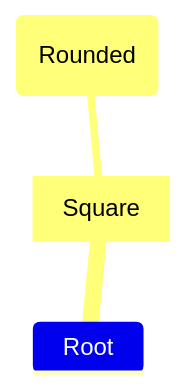
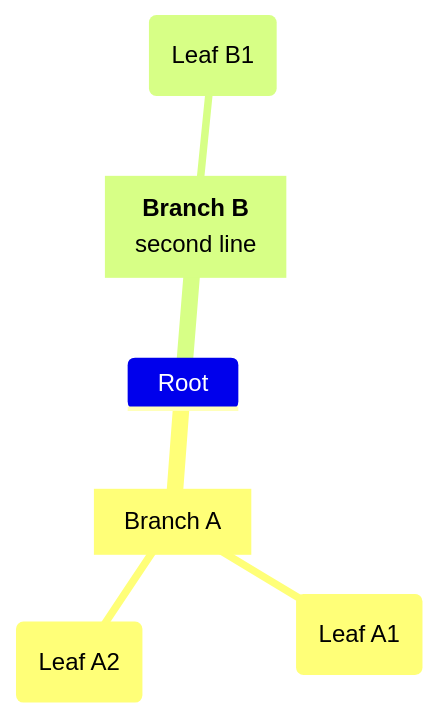
One commit to bsamiee/Rasm changed the first of 21 diagrams in .claude/skills/mermaid-diagramming/references/syntax-extended.md. Above: the diagram before and after it, drawn with Mermaid. The commit also changed other lines of this file and 38 other files, not shown here.

````diff
--- a/.claude/skills/mermaid-diagramming/references/syntax-extended.md
+++ b/.claude/skills/mermaid-diagramming/references/syntax-extended.md
@@ -41,6 +41,10 @@
 ```mermaid
 mindmap
   Root
-    [Square]
-      (Rounded)
+    [Branch A]
+      (Leaf A1)
+      (Leaf A2)
+    ["`**Branch B**
+    second line`"]
+      (Leaf B1)
 ```
````
